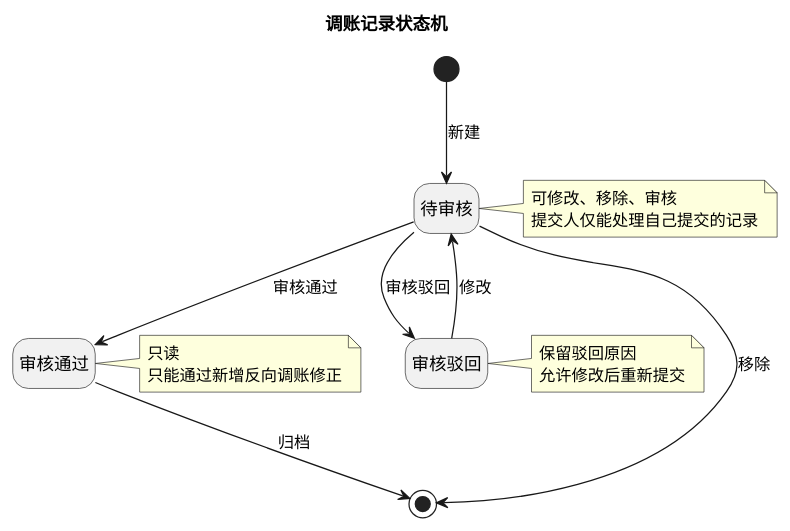
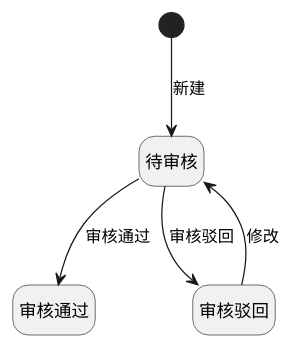
Before and after one commit to jack888332/projects-doc: diagram 11 of 11 in product-caliber/bms/prd/财务系统.PRD.md, drawn with PlantUML.

Commit message:
修正调账记录状态机

````diff
--- a/product-caliber/bms/prd/财务系统.PRD.md
+++ b/product-caliber/bms/prd/财务系统.PRD.md
@@ -1702,29 +1702,10 @@
 ```plantuml
 @startuml
-title 调账记录状态机
 hide empty description
 
 [*] --> 待审核 : 新建
 待审核 --> 审核通过 : 审核通过
 待审核 --> 审核驳回 : 审核驳回
 审核驳回 --> 待审核 : 修改
-待审核 --> [*] : 移除
-审核通过 --> [*] : 归档
-
-note right of 待审核
-  可修改、移除、审核
-  提交人仅能处理自己提交的记录
-end note
-
-note right of 审核通过
-  只读
-  只能通过新增反向调账修正
-end note
-
-note right of 审核驳回
-  保留驳回原因
-  允许修改后重新提交
-end note
-
 @enduml
 ```
````
